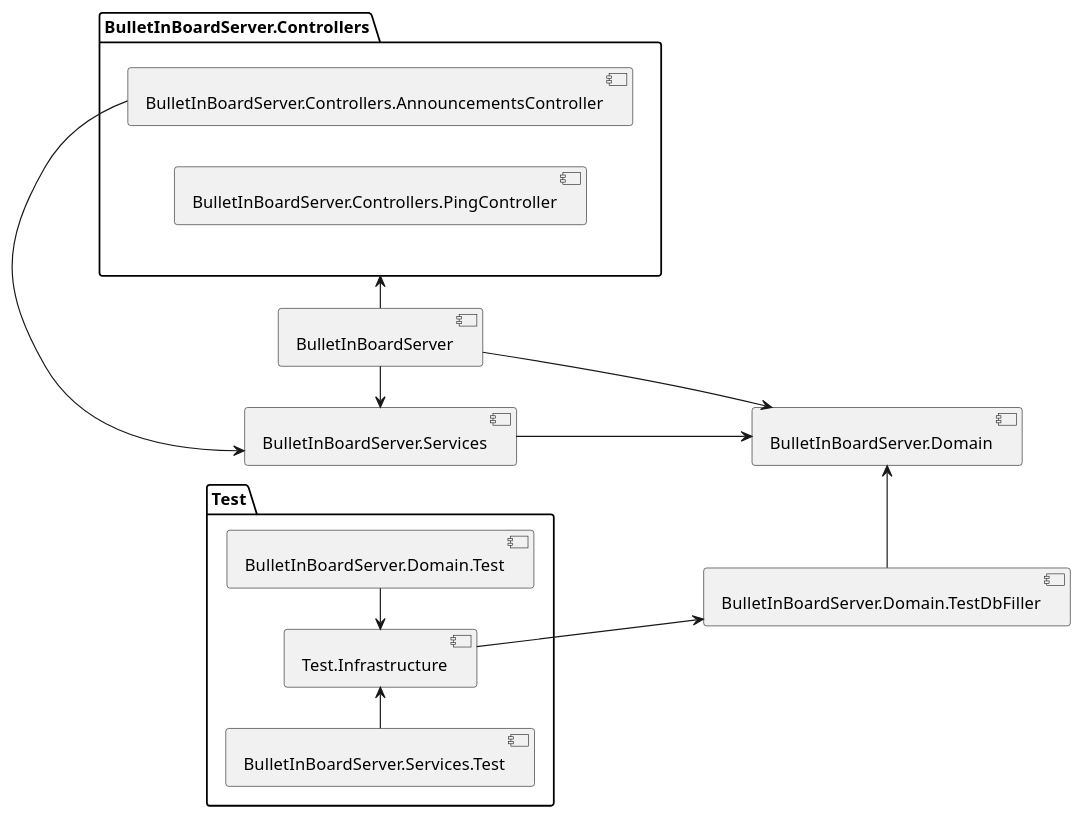
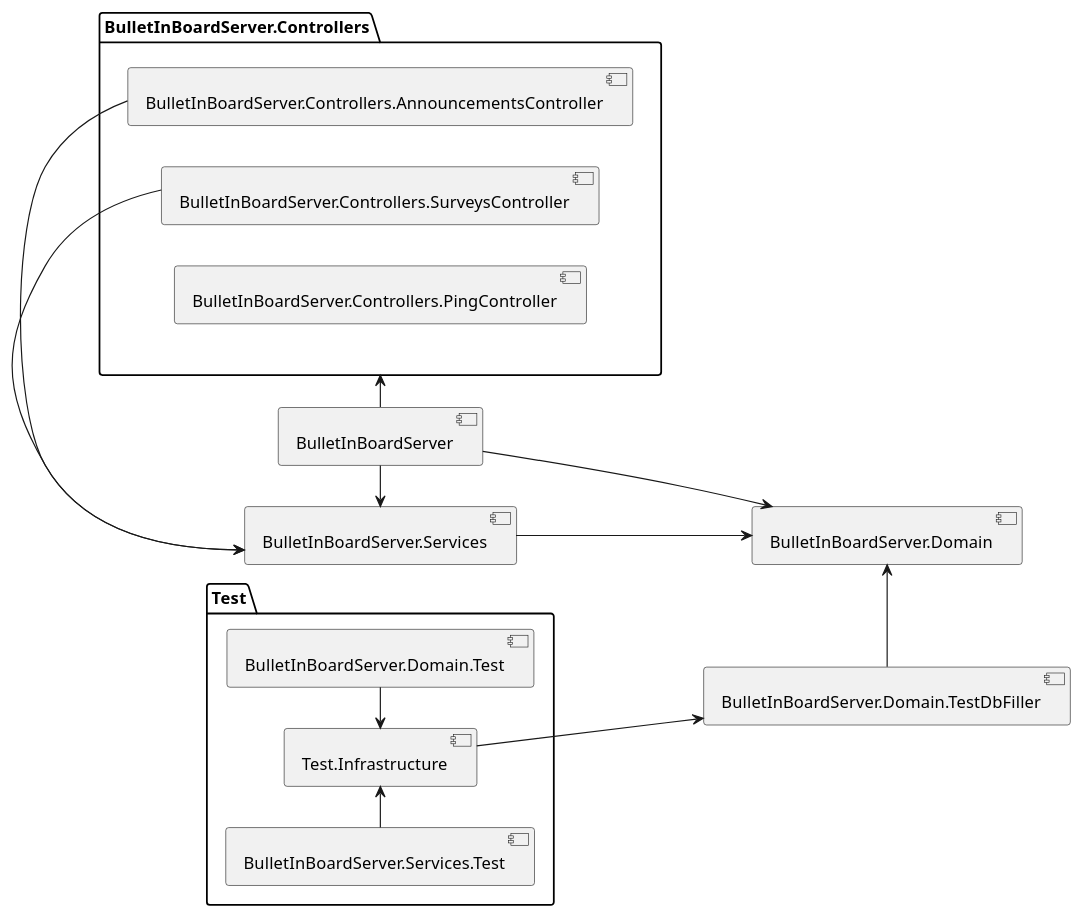
Before and after one commit to astu-app/ASTU-Bulletin-Board-Server: the diagram in src/BulletInBoardServer/BulletInBoardServer/project-structure.puml, drawn with PlantUML. The commit also changed 62 other files, not shown here.

```diff
--- a/src/BulletInBoardServer/BulletInBoardServer/project-structure.puml
+++ b/src/BulletInBoardServer/BulletInBoardServer/project-structure.puml
@@ -1,33 +1,35 @@
 @startuml
 'https://plantuml.com/component-diagram
 
 left to right direction
 
 [BulletInBoardServer] as main
 [BulletInBoardServer.Services] as services
 [BulletInBoardServer.Domain] as domain
 [BulletInBoardServer.Domain.TestDbFiller] as testDbFiller
 
 package "BulletInBoardServer.Controllers" as controllers {
     [BulletInBoardServer.Controllers.AnnouncementsController] as announcementsController
+    [BulletInBoardServer.Controllers.SurveysController] as surveysController
     [BulletInBoardServer.Controllers.PingController] as pingController
 }
 
 package "Test" as test {
     [Test.Infrastructure] as testInfrastructure
     [BulletInBoardServer.Domain.Test] as domainTest
     [BulletInBoardServer.Services.Test] as servicesTest
 } 
 
 main                    -> controllers
 main                    -> services
 main                    -> domain
 announcementsController -> services
+surveysController       -> services
 services                --> domain
 testDbFiller            -left-> domain
 
 testInfrastructure      --> testDbFiller
 domainTest              -left-> testInfrastructure
 servicesTest            -right-> testInfrastructure
 
 @enduml
```
